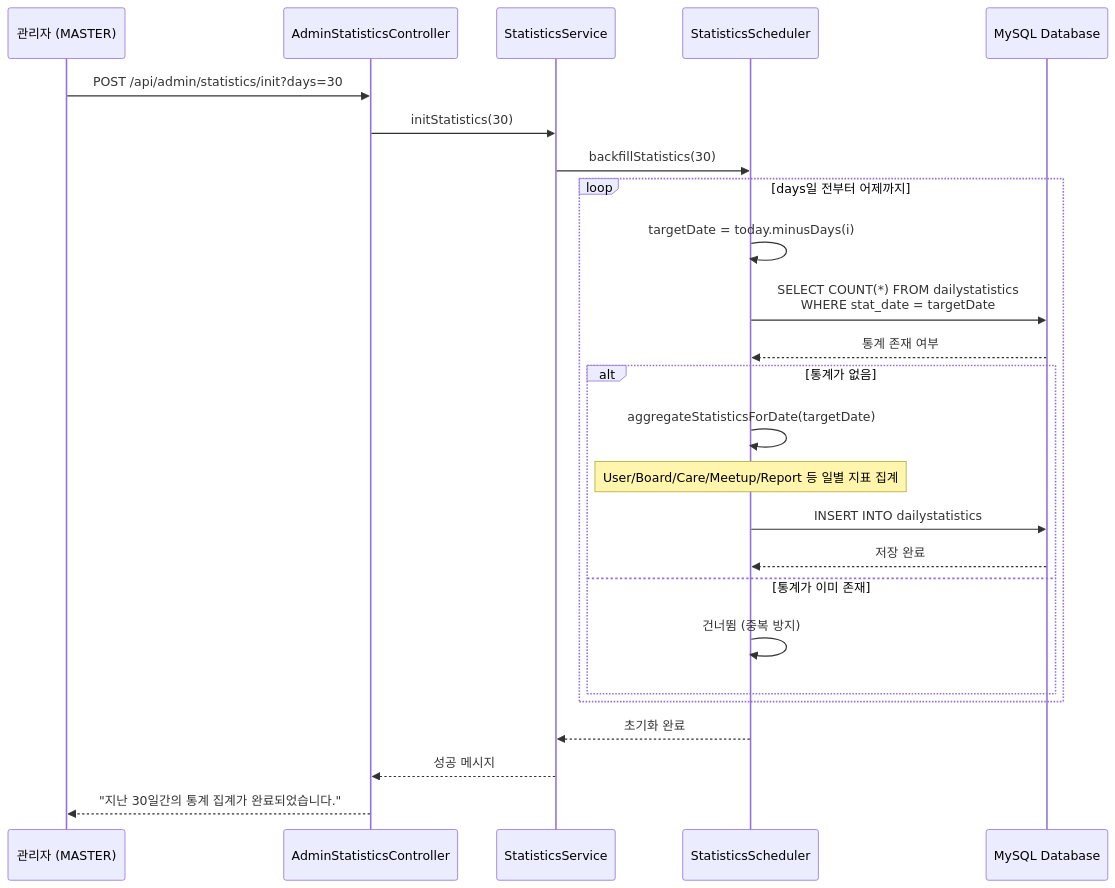
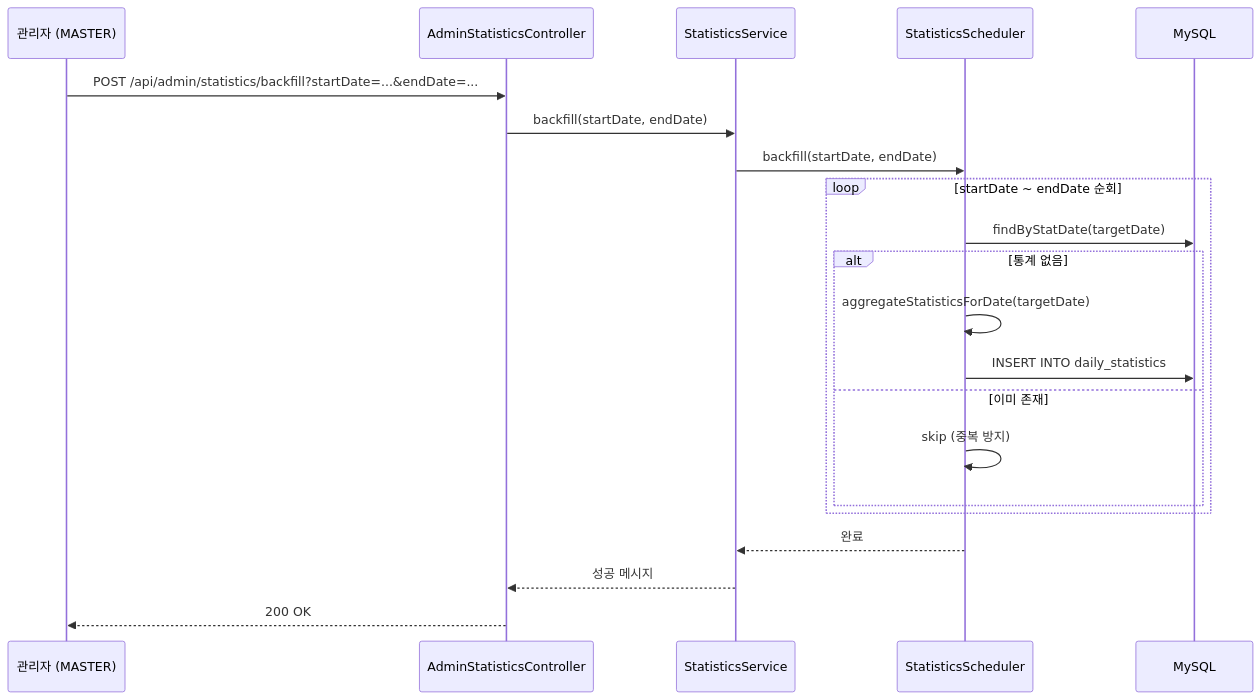
The fifth of 5 diagrams in docs/architecture/관리자 대시보드 & 통계 시스템 아키텍처.md (makkong1/Petory), drawn with Mermaid before and after one commit. The commit also changed other lines of this file and 5 other files, not shown here.

````diff
--- a/docs/architecture/관리자 대시보드 & 통계 시스템 아키텍처.md
+++ b/docs/architecture/관리자 대시보드 & 통계 시스템 아키텍처.md
@@ -602,31 +407,24 @@
 ```mermaid
 sequenceDiagram
     participant Admin as 관리자 (MASTER)
     participant API as AdminStatisticsController
     participant Service as StatisticsService
     participant Scheduler as StatisticsScheduler
-    participant MySQL as MySQL Database
-    
-    Admin->>API: POST /api/admin/statistics/init?days=30
-    API->>Service: initStatistics(30)
-    Service->>Scheduler: backfillStatistics(30)
-    
-    loop days일 전부터 어제까지
-        Scheduler->>Scheduler: targetDate = today.minusDays(i)
-        Scheduler->>MySQL: SELECT COUNT(*) FROM dailystatistics<br/>WHERE stat_date = targetDate
-        MySQL-->>Scheduler: 통계 존재 여부
-        
-        alt 통계가 없음
+    participant MySQL as MySQL
+
+    Admin->>API: POST /api/admin/statistics/backfill?startDate=...&endDate=...
+    API->>Service: backfill(startDate, endDate)
+    Service->>Scheduler: backfill(startDate, endDate)
+    loop startDate ~ endDate 순회
+        Scheduler->>MySQL: findByStatDate(targetDate)
+        alt 통계 없음
             Scheduler->>Scheduler: aggregateStatisticsForDate(targetDate)
-            Note over Scheduler: User/Board/Care/Meetup/Report 등 일별 지표 집계
-            Scheduler->>MySQL: INSERT INTO dailystatistics
-            MySQL-->>Scheduler: 저장 완료
-        else 통계가 이미 존재
-            Scheduler->>Scheduler: 건너뜀 (중복 방지)
+            Scheduler->>MySQL: INSERT INTO daily_statistics
+        else 이미 존재
+            Scheduler->>Scheduler: skip (중복 방지)
         end
     end
-    
-    Scheduler-->>Service: 초기화 완료
+    Scheduler-->>Service: 완료
     Service-->>API: 성공 메시지
-    API-->>Admin: "지난 30일간의 통계 집계가 완료되었습니다."
+    API-->>Admin: 200 OK
 ```
````
